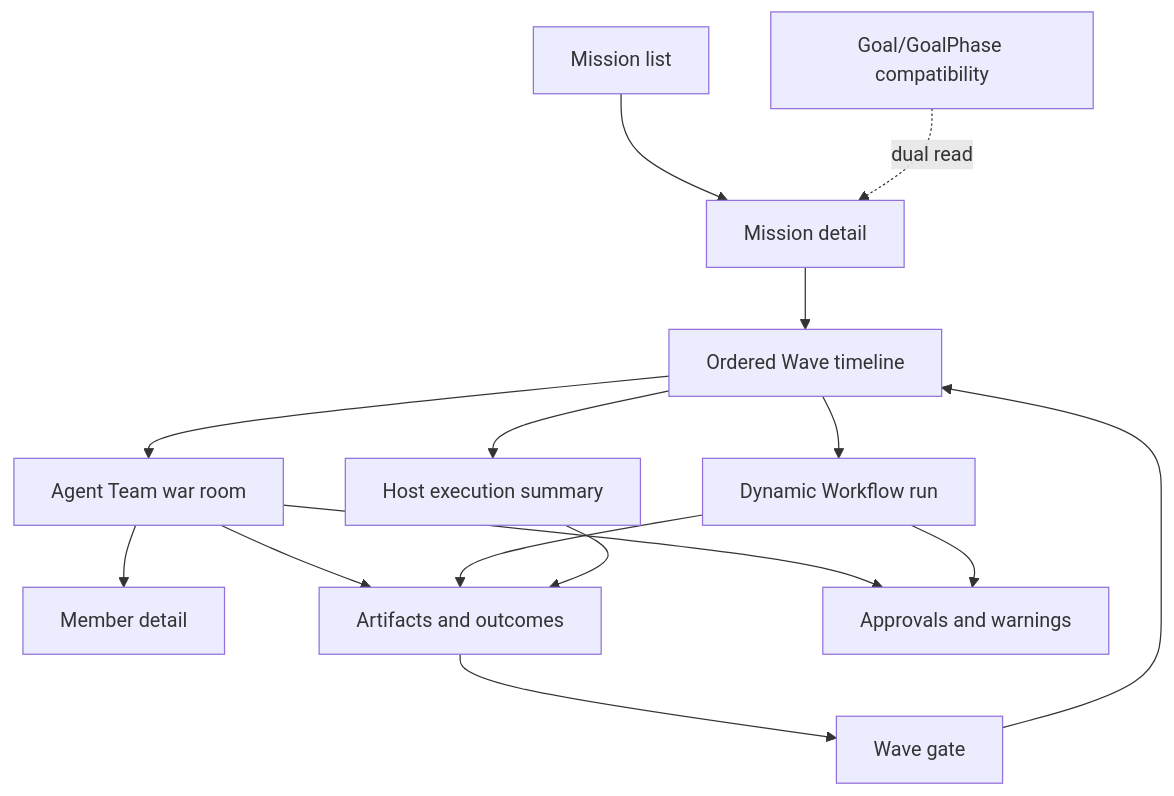
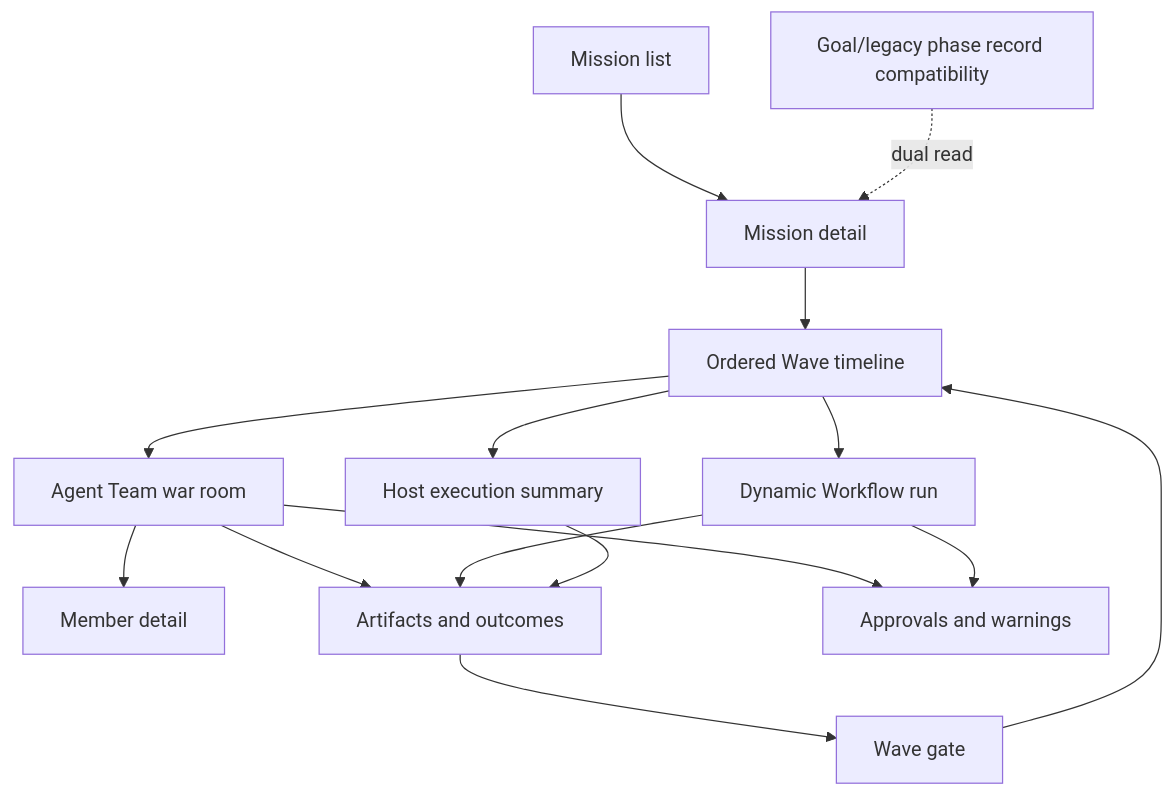
The diagram in docs/dashboard.md (cyl19970726/multi-agent-harness), drawn with Mermaid before and after one commit. The commit also changed other lines of this file and 485 other files, not shown here.

````diff
--- a/docs/dashboard.md
+++ b/docs/dashboard.md
@@ -41,29 +41,29 @@
 ```mermaid
 flowchart TD
   Missions[Mission list]
   Mission[Mission detail]
   Waves[Ordered Wave timeline]
   Team[Agent Team war room]
   Workflow[Dynamic Workflow run]
   Host[Host execution summary]
   Member[Member detail]
   Artifacts[Artifacts and outcomes]
   Gate[Wave gate]
   Warnings[Approvals and warnings]
-  Compat[Goal/GoalPhase compatibility]
+  Compat[Goal/legacy phase record compatibility]
 
   Missions --> Mission
   Mission --> Waves
   Waves --> Team
   Waves --> Workflow
   Waves --> Host
   Team --> Member
   Team --> Artifacts
   Workflow --> Artifacts
   Host --> Artifacts
   Artifacts --> Gate
   Gate --> Waves
   Team --> Warnings
   Workflow --> Warnings
   Compat -. dual read .-> Mission
 ```
````
